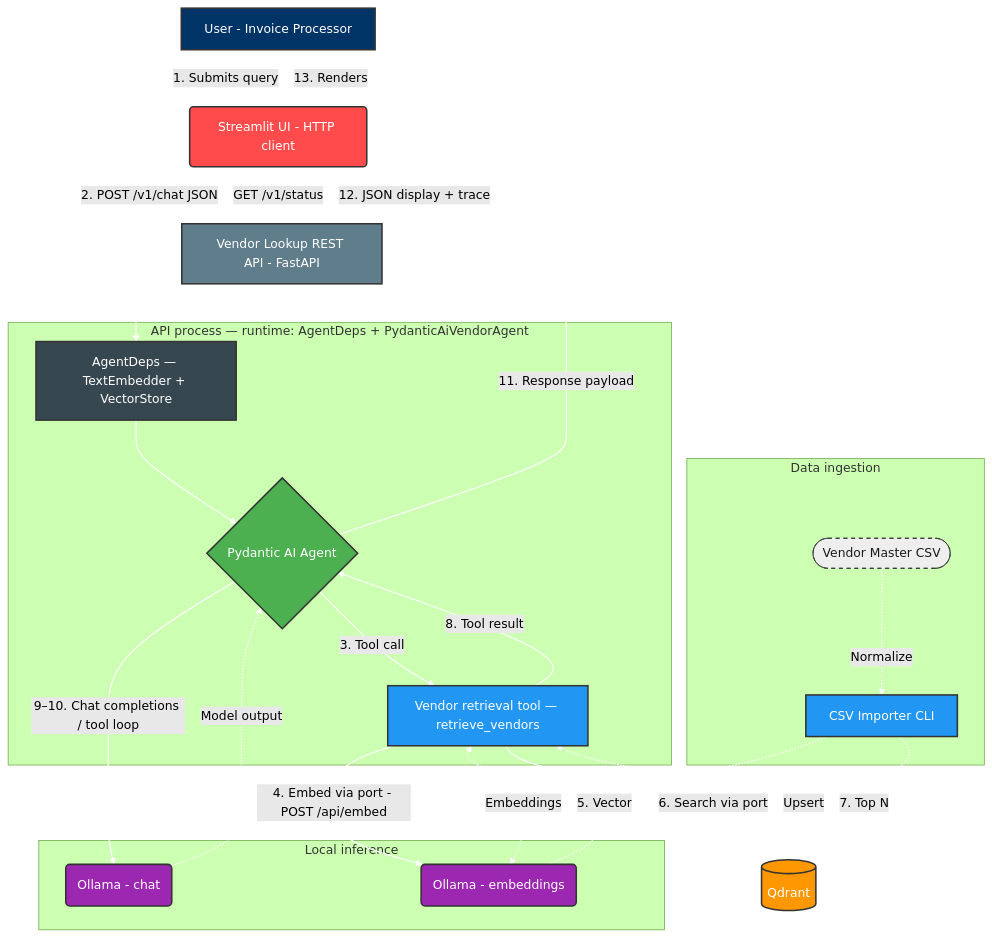
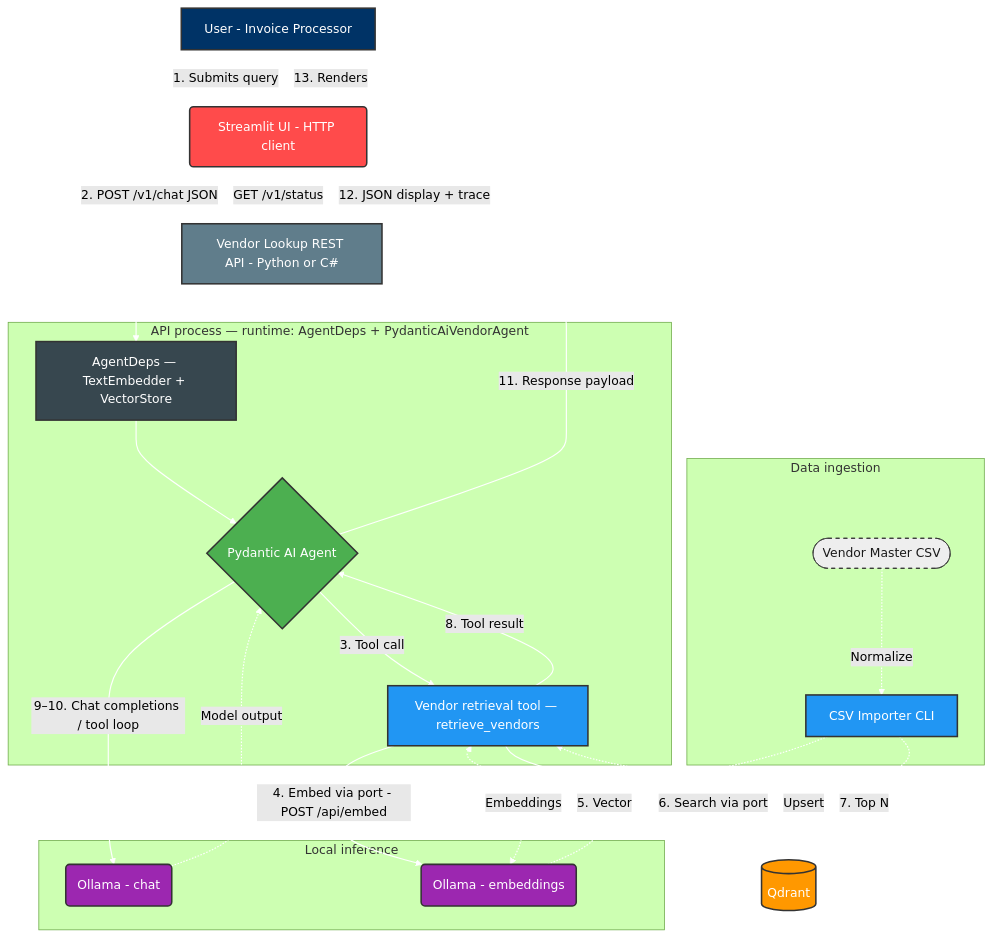
One commit to deepanbiswas/vendor-lookup-rag changed the first of 2 diagrams in docs/architecture.md. Above: the diagram before and after it, drawn with Mermaid (forest theme). The commit also changed other lines of this file and 166 other files, not shown here.

First line of the commit message:
Add C# API, split Streamlit UI, restructure Python backend, slim Docker

````diff
--- a/docs/architecture.md
+++ b/docs/architecture.md
@@ -60,58 +62,58 @@
 ```mermaid
 graph TD
     classDef user fill:#003366,stroke:#333,stroke-width:2px,color:#fff;
     classDef ui fill:#ff4b4b,stroke:#333,stroke-width:2px,color:#fff;
     classDef api fill:#607d8b,stroke:#333,stroke-width:2px,color:#fff;
     classDef agent fill:#4caf50,stroke:#333,stroke-width:2px,color:#fff;
     classDef tool fill:#2196f3,stroke:#333,stroke-width:2px,color:#fff;
     classDef llm fill:#9c27b0,stroke:#333,stroke-width:2px,color:#fff;
     classDef db fill:#ff9800,stroke:#333,stroke-width:2px,color:#fff;
     classDef file fill:#eee,stroke:#333,stroke-width:1px,color:#1a1a1a,stroke-dasharray: 5 5;
     classDef deps fill:#37474f,stroke:#333,stroke-width:2px,color:#fff;
 
     U[User - Invoice Processor]:::user
     UI(Streamlit UI - HTTP client):::ui
-    REST[Vendor Lookup REST API - FastAPI]:::api
+    REST[Vendor Lookup REST API - Python or C#]:::api
 
     subgraph apiProc [API process — runtime: AgentDeps + PydanticAiVendorAgent]
         DEPS[AgentDeps — TextEmbedder + VectorStore]:::deps
         A{Pydantic AI Agent}:::agent
         T[Vendor retrieval tool — retrieve_vendors]:::tool
     end
 
     subgraph LocalInference [Local inference]
         O_LLM(Ollama - chat):::llm
         O_EMB(Ollama - embeddings):::llm
     end
 
     DB[(Qdrant)]:::db
 
     subgraph DataIngestion [Data ingestion]
         CSV_File([Vendor Master CSV]):::file
         Ingest[CSV Importer CLI]:::tool
     end
 
     U -->|1. Submits query| UI
     UI -->|2. POST /v1/chat JSON| REST
     REST --> DEPS
     DEPS --> A
     A -->|3. Tool call| T
     T -->|4. Embed via port - POST /api/embed| O_EMB
     O_EMB -.->|5. Vector| T
     T -->|6. Search via port| DB
     DB -.->|7. Top N| T
     T -->|8. Tool result| A
     A -->|9–10. Chat completions / tool loop| O_LLM
     O_LLM -.->|Model output| A
     A -->|11. Response payload| REST
     REST -->|12. JSON display + trace| UI
     UI -->|13. Renders| U
 
     UI -.->|GET /v1/status| REST
 
     CSV_File -.->|Normalize| Ingest
     Ingest -.->|Embeddings| O_EMB
     Ingest -.->|Upsert| DB
 
     linkStyle default stroke:#fff,stroke-width:1.5px;
 ```
````
